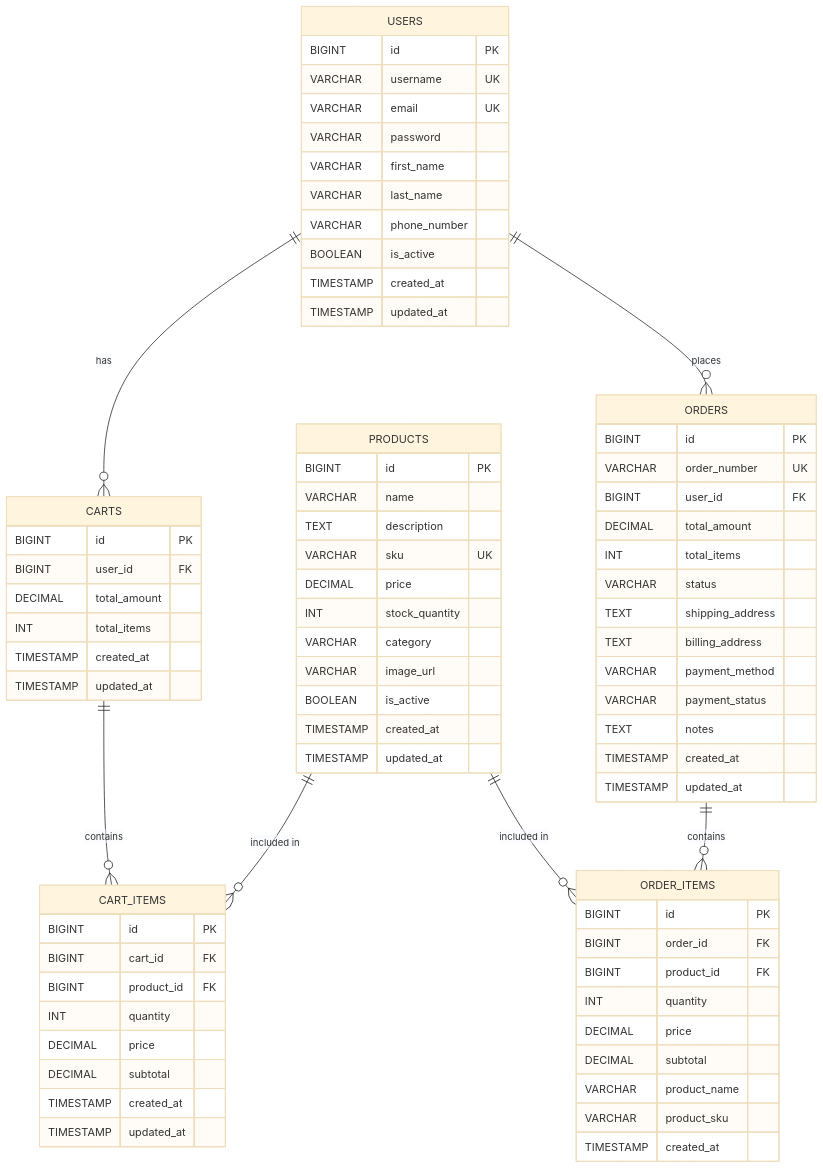
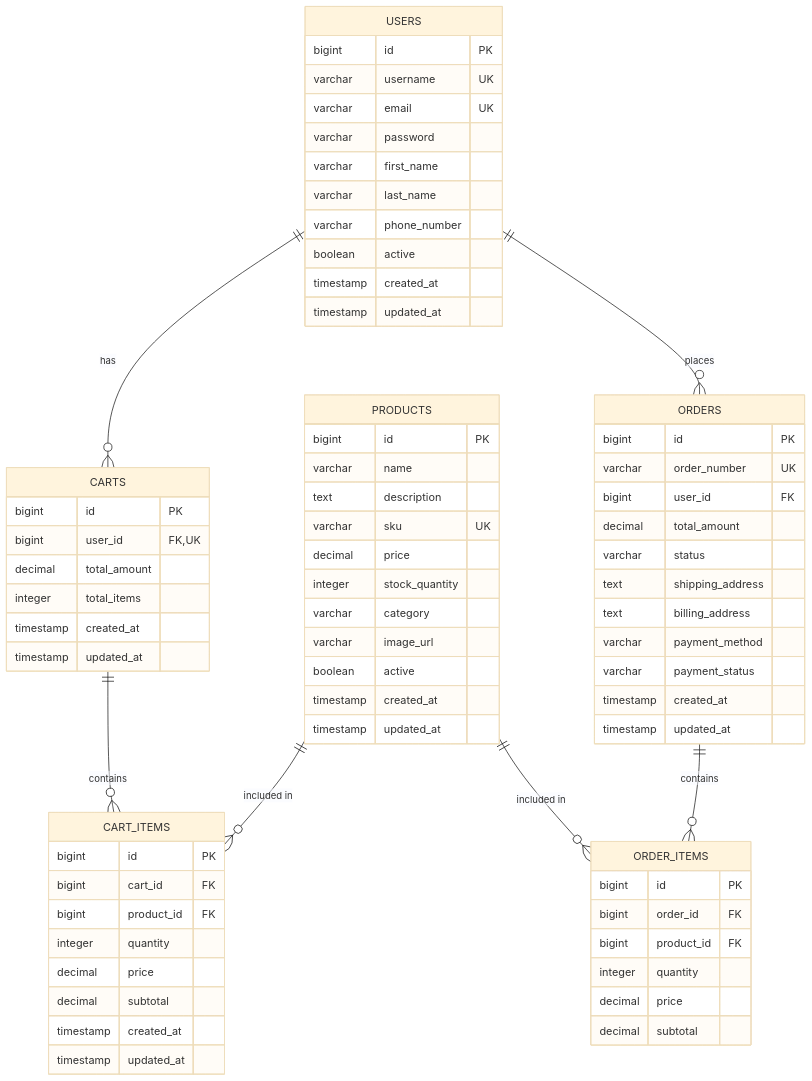
One commit to NavneetBN47/ecommerce changed the diagram in docs/er_diagram.mmd. Above: the diagram before and after it, drawn with Mermaid (base theme). The commit also changed 49 other files, not shown here.

```diff
--- a/docs/er_diagram.mmd
+++ b/docs/er_diagram.mmd
@@ -1,82 +1,77 @@
 erDiagram
     USERS ||--o{ CARTS : has
     USERS ||--o{ ORDERS : places
     CARTS ||--o{ CART_ITEMS : contains
     PRODUCTS ||--o{ CART_ITEMS : "included in"
     PRODUCTS ||--o{ ORDER_ITEMS : "included in"
     ORDERS ||--o{ ORDER_ITEMS : contains
 
     USERS {
-        BIGINT id PK
-        VARCHAR username UK
-        VARCHAR email UK
-        VARCHAR password
-        VARCHAR first_name
-        VARCHAR last_name
-        VARCHAR phone_number
-        BOOLEAN is_active
-        TIMESTAMP created_at
-        TIMESTAMP updated_at
+        bigint id PK
+        varchar username UK
+        varchar email UK
+        varchar password
+        varchar first_name
+        varchar last_name
+        varchar phone_number
+        boolean active
+        timestamp created_at
+        timestamp updated_at
     }
 
     PRODUCTS {
-        BIGINT id PK
-        VARCHAR name
-        TEXT description
-        VARCHAR sku UK
-        DECIMAL price
-        INT stock_quantity
-        VARCHAR category
-        VARCHAR image_url
-        BOOLEAN is_active
-        TIMESTAMP created_at
-        TIMESTAMP updated_at
+        bigint id PK
+        varchar name
+        text description
+        varchar sku UK
+        decimal price
+        integer stock_quantity
+        varchar category
+        varchar image_url
+        boolean active
+        timestamp created_at
+        timestamp updated_at
     }
 
     CARTS {
-        BIGINT id PK
-        BIGINT user_id FK
-        DECIMAL total_amount
-        INT total_items
-        TIMESTAMP created_at
-        TIMESTAMP updated_at
+        bigint id PK
+        bigint user_id FK,UK
+        decimal total_amount
+        integer total_items
+        timestamp created_at
+        timestamp updated_at
     }
 
     CART_ITEMS {
-        BIGINT id PK
-        BIGINT cart_id FK
-        BIGINT product_id FK
-        INT quantity
-        DECIMAL price
-        DECIMAL subtotal
-        TIMESTAMP created_at
-        TIMESTAMP updated_at
+        bigint id PK
+        bigint cart_id FK
+        bigint product_id FK
+        integer quantity
+        decimal price
+        decimal subtotal
+        timestamp created_at
+        timestamp updated_at
     }
 
     ORDERS {
-        BIGINT id PK
-        VARCHAR order_number UK
-        BIGINT user_id FK
-        DECIMAL total_amount
-        INT total_items
-        VARCHAR status
-        TEXT shipping_address
-        TEXT billing_address
-        VARCHAR payment_method
-        VARCHAR payment_status
-        TEXT notes
-        TIMESTAMP created_at
-        TIMESTAMP updated_at
+        bigint id PK
+        varchar order_number UK
+        bigint user_id FK
+        decimal total_amount
+        varchar status
+        text shipping_address
+        text billing_address
+        varchar payment_method
+        varchar payment_status
+        timestamp created_at
+        timestamp updated_at
     }
 
     ORDER_ITEMS {
-        BIGINT id PK
-        BIGINT order_id FK
-        BIGINT product_id FK
-        INT quantity
-        DECIMAL price
-        DECIMAL subtotal
-        VARCHAR product_name
-        VARCHAR product_sku
-        TIMESTAMP created_at
+        bigint id PK
+        bigint order_id FK
+        bigint product_id FK
+        integer quantity
+        decimal price
+        decimal subtotal
     }
```
